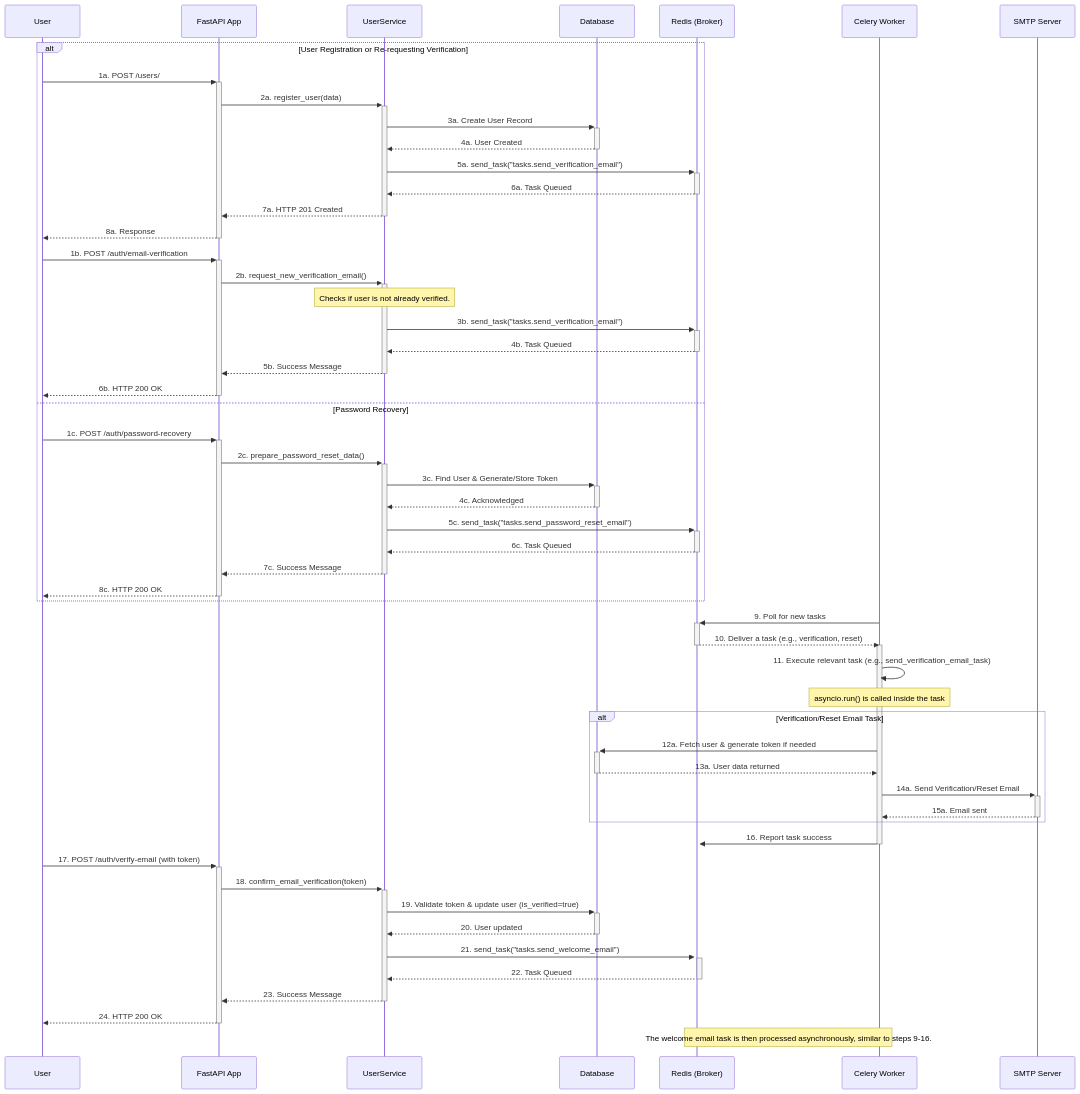
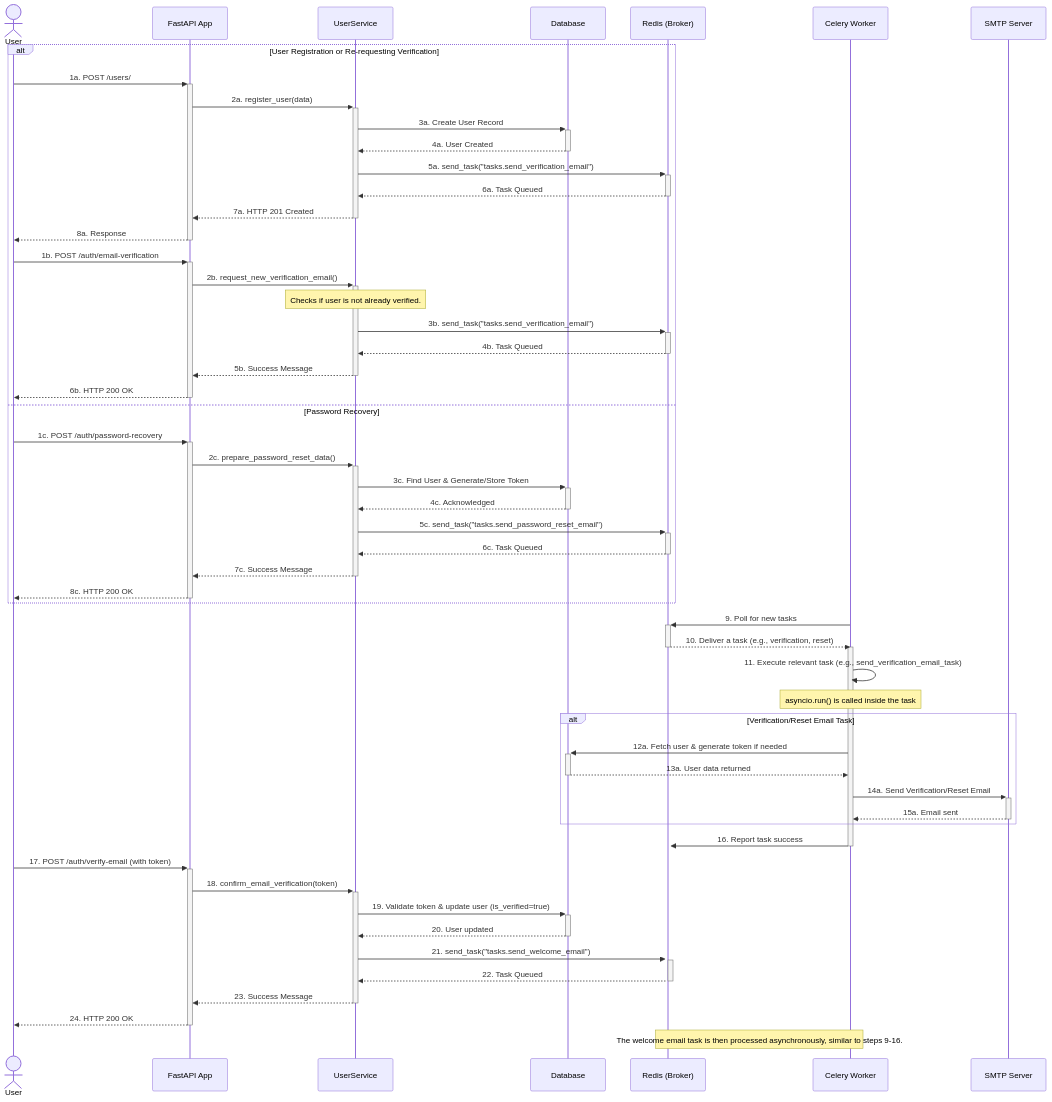
The diagram in diagrams/vrfy_mail.md (mhrdq8i/asas), drawn with Mermaid before and after one commit. The commit also changed 11 other files, not shown here.

````diff
--- a/diagrams/vrfy_mail.md
+++ b/diagrams/vrfy_mail.md
@@ -1,77 +1,77 @@
 ```mermaid
 sequenceDiagram
-participant User
+actor User
 participant FastAPI App
 participant UserService
 participant Database
 participant Redis (Broker)
 participant Celery Worker
 participant SMTP Server
 
     alt User Registration or Re-requesting Verification
 
         %% Flow 1: New User Registration
         User->>+FastAPI App: 1a. POST /users/
         FastAPI App->>+UserService: 2a. register_user(data)
         UserService->>+Database: 3a. Create User Record
         Database-->>-UserService: 4a. User Created
         UserService->>+Redis (Broker): 5a. send_task("tasks.send_verification_email")
         Redis (Broker)-->>-UserService: 6a. Task Queued
         UserService-->>-FastAPI App: 7a. HTTP 201 Created
         FastAPI App-->>-User: 8a. Response
 
         %% Flow 2: Re-requesting Verification Email
         User->>+FastAPI App: 1b. POST /auth/email-verification
         FastAPI App->>+UserService: 2b. request_new_verification_email()
         Note over UserService: Checks if user is not already verified.
         UserService->>+Redis (Broker): 3b. send_task("tasks.send_verification_email")
         Redis (Broker)-->>-UserService: 4b. Task Queued
         UserService-->>-FastAPI App: 5b. Success Message
         FastAPI App-->>-User: 6b. HTTP 200 OK
 
     else Password Recovery
 
         %% Flow 3: Password Recovery Request
         User->>+FastAPI App: 1c. POST /auth/password-recovery
         FastAPI App->>+UserService: 2c. prepare_password_reset_data()
         UserService->>+Database: 3c. Find User & Generate/Store Token
         Database-->>-UserService: 4c. Acknowledged
         UserService->>+Redis (Broker): 5c. send_task("tasks.send_password_reset_email")
         Redis (Broker)-->>-UserService: 6c. Task Queued
         UserService-->>-FastAPI App: 7c. Success Message
         FastAPI App-->>-User: 8c. HTTP 200 OK
 
     end
 
     %% --- Common Asynchronous Flow for Email Sending ---
 
     Celery Worker->>+Redis (Broker): 9. Poll for new tasks
     Redis (Broker)-->>-Celery Worker: 10. Deliver a task (e.g., verification, reset)
 
     activate Celery Worker
     Celery Worker->>Celery Worker: 11. Execute relevant task (e.g., send_verification_email_task)
     Note over Celery Worker: asyncio.run() is called inside the task
 
     alt Verification/Reset Email Task
         Celery Worker->>+Database: 12a. Fetch user & generate token if needed
         Database-->>-Celery Worker: 13a. User data returned
         Celery Worker->>+SMTP Server: 14a. Send Verification/Reset Email
         SMTP Server-->>-Celery Worker: 15a. Email sent
     end
 
     Celery Worker->>+Redis (Broker): 16. Report task success
     deactivate Celery Worker
 
     %% --- Welcome Email Flow (triggered by verification) ---
 
     User->>+FastAPI App: 17. POST /auth/verify-email (with token)
     FastAPI App->>+UserService: 18. confirm_email_verification(token)
     UserService->>+Database: 19. Validate token & update user (is_verified=true)
     Database-->>-UserService: 20. User updated
     UserService->>+Redis (Broker): 21. send_task("tasks.send_welcome_email")
     Redis (Broker)-->>-UserService: 22. Task Queued
     UserService-->>-FastAPI App: 23. Success Message
     FastAPI App-->>-User: 24. HTTP 200 OK
 
     Note over Redis (Broker), Celery Worker: The welcome email task is then processed asynchronously, similar to steps 9-16.
 ```
````
